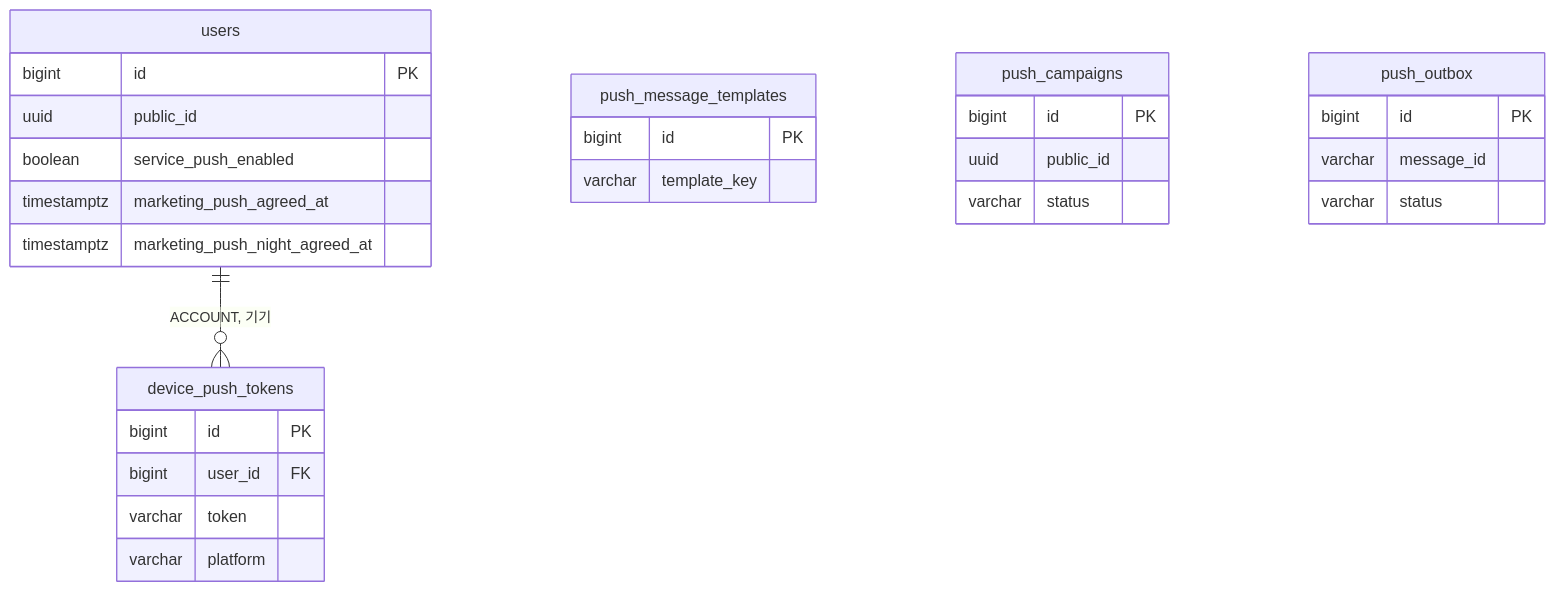
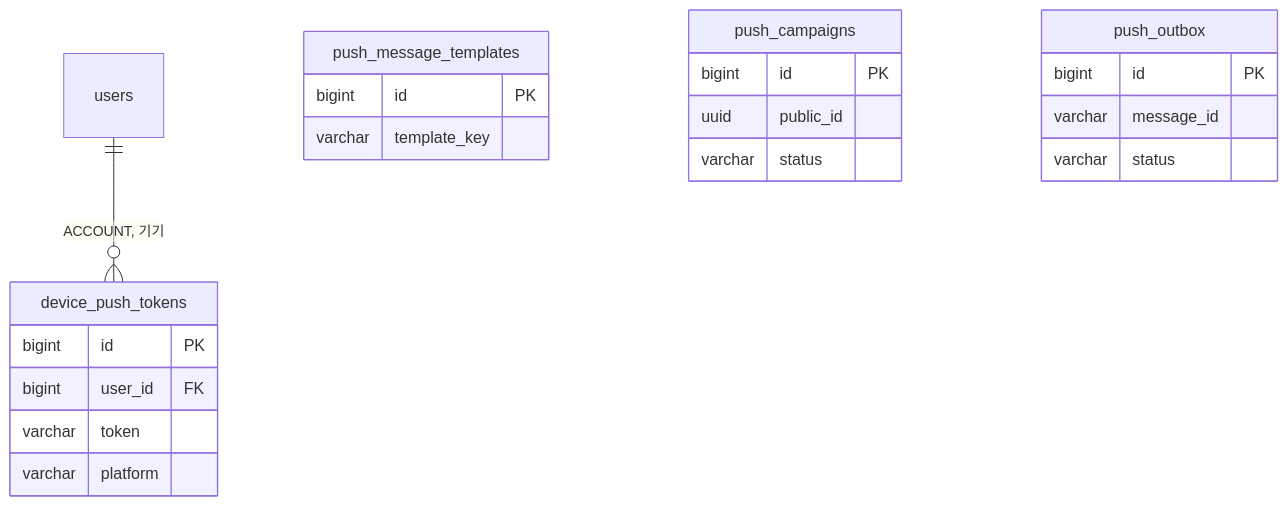
The diagram in docs/domain/NOTIFICATION/BACKEND/3-2-DB-SCHEMA.md (KIM-N-KANG/knk-harness), drawn with Mermaid before and after one commit. The commit also changed other lines of this file and 14 other files, not shown here.

````diff
--- a/docs/domain/NOTIFICATION/BACKEND/3-2-DB-SCHEMA.md
+++ b/docs/domain/NOTIFICATION/BACKEND/3-2-DB-SCHEMA.md
@@ -26,31 +26,24 @@
 ```mermaid
 erDiagram
     users ||--o{ device_push_tokens : "ACCOUNT, 기기"
-    users {
-        bigint id PK
-        uuid public_id
-        boolean service_push_enabled
-        timestamptz marketing_push_agreed_at
-        timestamptz marketing_push_night_agreed_at
-    }
     device_push_tokens {
         bigint id PK
         bigint user_id FK
         varchar token
         varchar platform
     }
     push_message_templates {
         bigint id PK
         varchar template_key
     }
     push_campaigns {
         bigint id PK
         uuid public_id
         varchar status
     }
     push_outbox {
         bigint id PK
         varchar message_id
         varchar status
     }
 ```
````
